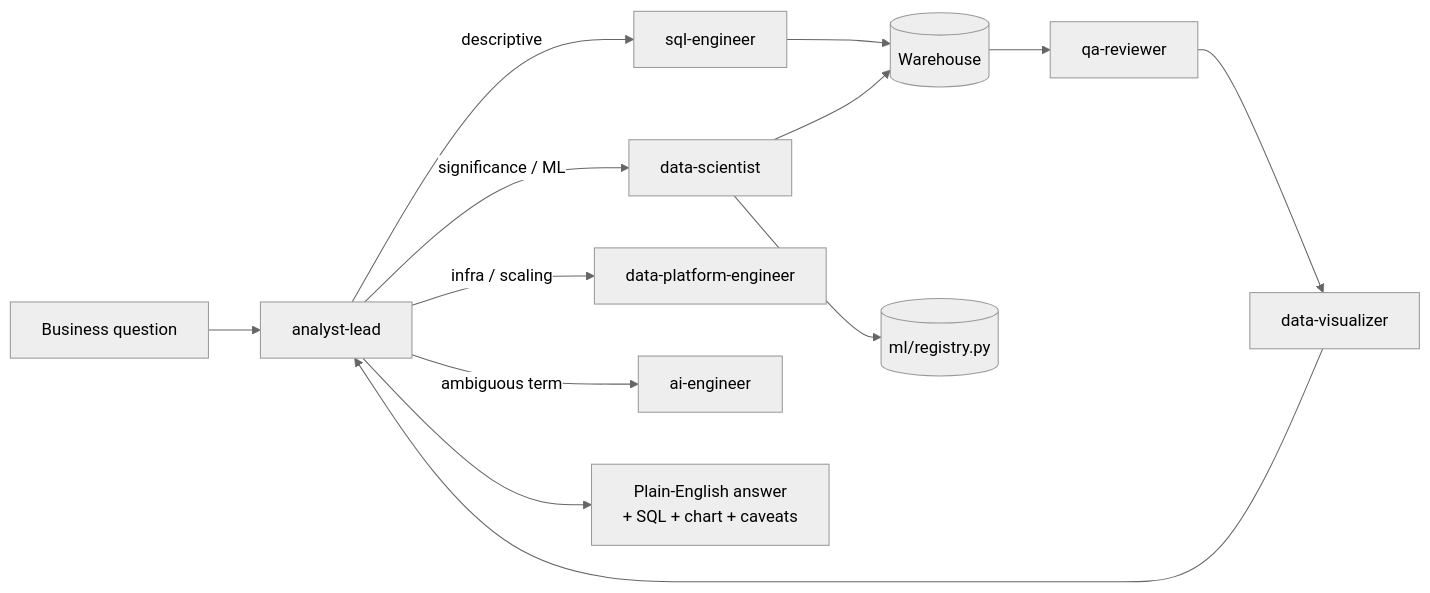
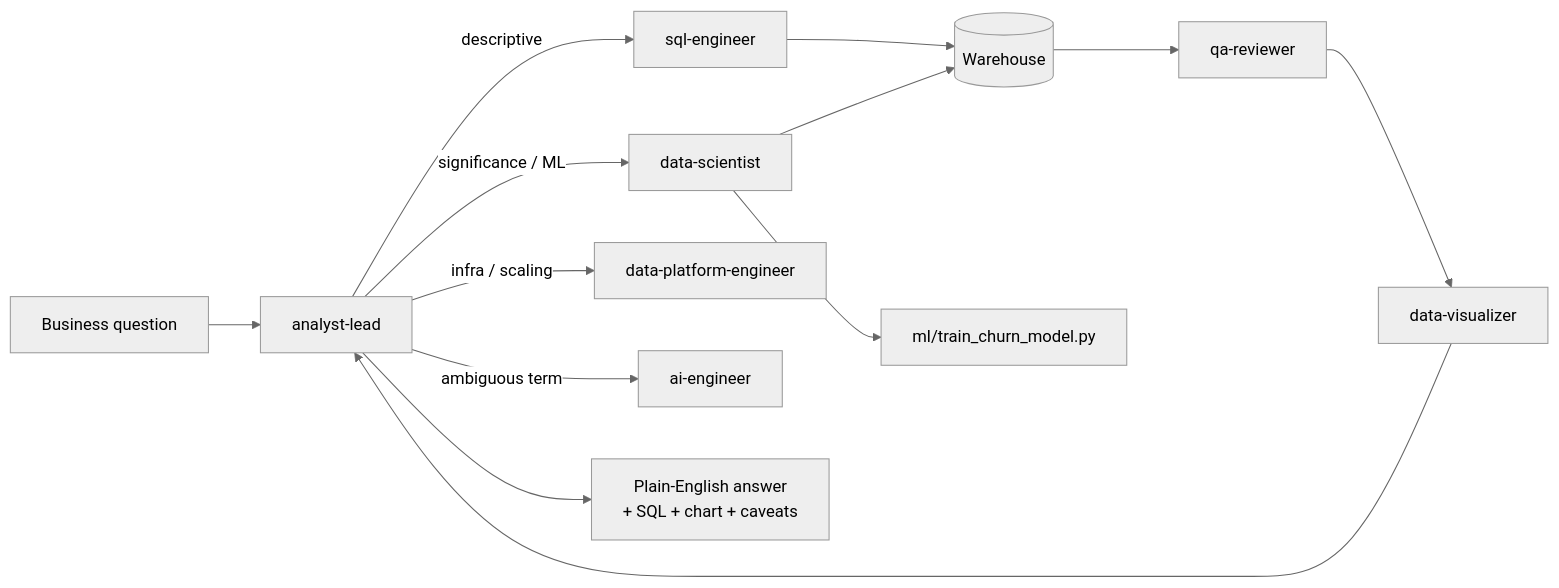
One commit to rithikahaha/AI-Data-Analyst-Claude-Code changed the diagram in README.md. Above: the diagram before and after it, drawn with Mermaid (neutral theme). The commit also changed other lines of this file and 11 other files, not shown here.

````diff
--- a/README.md
+++ b/README.md
@@ -44,15 +44,15 @@
 ```mermaid
 flowchart LR
     Q["Business question"] --> Lead[analyst-lead]
     Lead -->|descriptive| SQL[sql-engineer]
     Lead -->|significance / ML| DS[data-scientist]
     Lead -->|infra / scaling| DPE[data-platform-engineer]
     Lead -->|ambiguous term| AI[ai-engineer]
     SQL --> WH[(Warehouse)]
     DS --> WH
-    DS --> Model[(ml/registry.py)]
+    DS --> Model[ml/train_churn_model.py]
     WH --> QA[qa-reviewer]
     QA --> Viz[data-visualizer]
     Viz --> Lead
     Lead --> A["Plain-English answer\n+ SQL + chart + caveats"]
 ```
````
